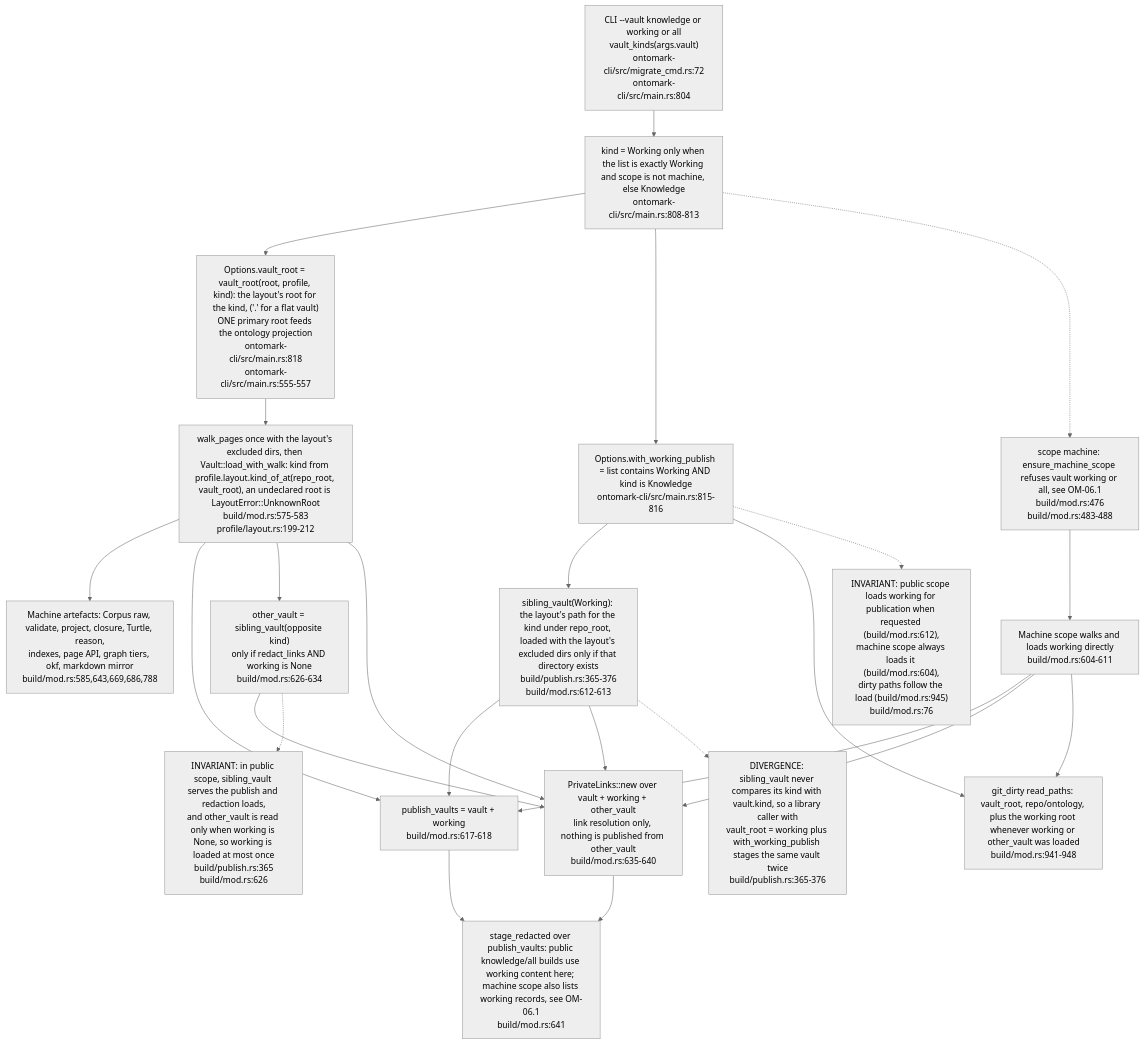
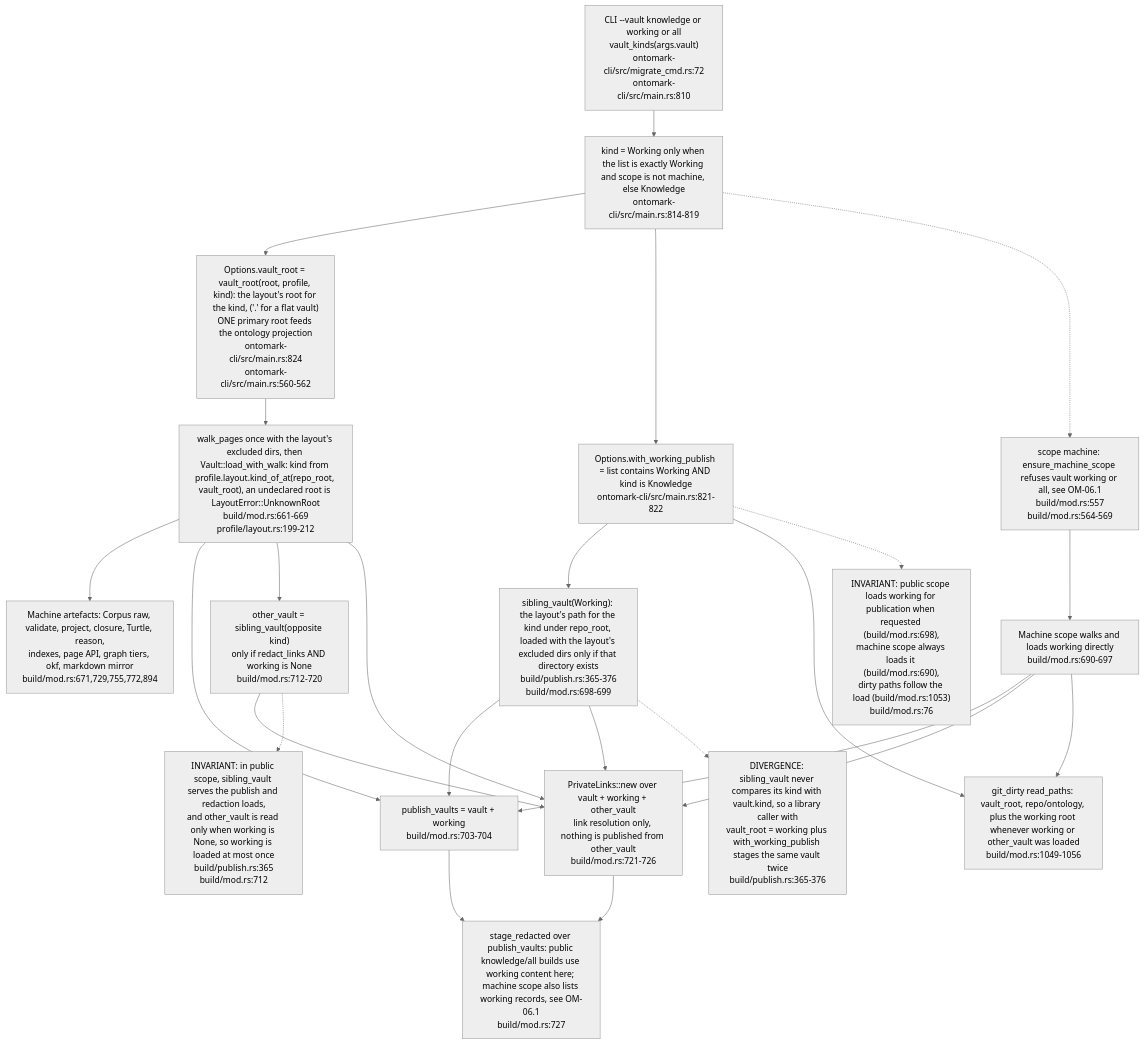
Before and after one commit to DreamLab-AI/VisionFlow: the second of 8 diagrams in docs/diagrams/ontomark/03-build-run-gates-staging-and-generation.md, drawn with Mermaid (neutral theme). The commit also changed other lines of this file and 59 other files, not shown here.

First line of the commit message:
docs(diagrams): re-derive and re-stamp forum, website, pod, ontomark and sealmap topics

````diff
--- a/docs/diagrams/ontomark/03-build-run-gates-staging-and-generation.md
+++ b/docs/diagrams/ontomark/03-build-run-gates-staging-and-generation.md
@@ -77,36 +77,36 @@
 ```mermaid
 flowchart TD
-    ARG["CLI --vault knowledge or working or all<br/>vault_kinds(args.vault)<br/>ontomark-cli/src/migrate_cmd.rs:72<br/>ontomark-cli/src/main.rs:804"]
-    KIND["kind = Working only when the list is exactly Working and scope is not machine, else Knowledge<br/>ontomark-cli/src/main.rs:808-813"]
-    ROOT["Options.vault_root = vault_root(root, profile, kind): the layout's root for the kind, ('.' for a flat vault)<br/>ONE primary root feeds the ontology projection<br/>ontomark-cli/src/main.rs:818<br/>ontomark-cli/src/main.rs:555-557"]
-    WIDE["Options.with_working_publish = list contains Working AND kind is Knowledge<br/>ontomark-cli/src/main.rs:815-816"]
-    MSC["scope machine: ensure_machine_scope refuses vault working or all, see OM-06.1<br/>build/mod.rs:476<br/>build/mod.rs:483-488"]
-    LOAD["walk_pages once with the layout's excluded dirs, then Vault::load_with_walk: kind from profile.layout.kind_of_at(repo_root, vault_root), an undeclared root is LayoutError::UnknownRoot<br/>build/mod.rs:575-583<br/>profile/layout.rs:199-212"]
-    MACH["Machine artefacts: Corpus raw, validate, project, closure, Turtle, reason,<br/>indexes, page API, graph tiers, okf, markdown mirror<br/>build/mod.rs:585,643,669,686,788"]
-    SW["sibling_vault(Working): the layout's path for the kind under repo_root, loaded with the layout's excluded dirs only if that directory exists<br/>build/publish.rs:365-376<br/>build/mod.rs:612-613"]
-    PUBV["publish_vaults = vault + working<br/>build/mod.rs:617-618"]
-    STAGE["stage_redacted over publish_vaults: public knowledge/all builds use working content here; machine scope also lists working records, see OM-06.1<br/>build/mod.rs:641"]
-    OTHER["other_vault = sibling_vault(opposite kind)<br/>only if redact_links AND working is None<br/>build/mod.rs:626-634"]
-    PL["PrivateLinks::new over vault + working + other_vault<br/>link resolution only, nothing is published from other_vault<br/>build/mod.rs:635-640"]
-    GITD["git_dirty read_paths: vault_root, repo/ontology, plus the working root whenever working or other_vault was loaded<br/>build/mod.rs:941-948"]
-    N1["INVARIANT: public scope loads working for publication when requested (build/mod.rs:612),<br/>machine scope always loads it (build/mod.rs:604),<br/>dirty paths follow the load (build/mod.rs:945)<br/>build/mod.rs:76"]
-    N2["INVARIANT: in public scope, sibling_vault serves the publish and redaction loads,<br/>and other_vault is read only when working is None, so working is loaded at most once<br/>build/publish.rs:365<br/>build/mod.rs:626"]
+    ARG["CLI --vault knowledge or working or all<br/>vault_kinds(args.vault)<br/>ontomark-cli/src/migrate_cmd.rs:72<br/>ontomark-cli/src/main.rs:810"]
+    KIND["kind = Working only when the list is exactly Working and scope is not machine, else Knowledge<br/>ontomark-cli/src/main.rs:814-819"]
+    ROOT["Options.vault_root = vault_root(root, profile, kind): the layout's root for the kind, ('.' for a flat vault)<br/>ONE primary root feeds the ontology projection<br/>ontomark-cli/src/main.rs:824<br/>ontomark-cli/src/main.rs:560-562"]
+    WIDE["Options.with_working_publish = list contains Working AND kind is Knowledge<br/>ontomark-cli/src/main.rs:821-822"]
+    MSC["scope machine: ensure_machine_scope refuses vault working or all, see OM-06.1<br/>build/mod.rs:557<br/>build/mod.rs:564-569"]
+    LOAD["walk_pages once with the layout's excluded dirs, then Vault::load_with_walk: kind from profile.layout.kind_of_at(repo_root, vault_root), an undeclared root is LayoutError::UnknownRoot<br/>build/mod.rs:661-669<br/>profile/layout.rs:199-212"]
+    MACH["Machine artefacts: Corpus raw, validate, project, closure, Turtle, reason,<br/>indexes, page API, graph tiers, okf, markdown mirror<br/>build/mod.rs:671,729,755,772,894"]
+    SW["sibling_vault(Working): the layout's path for the kind under repo_root, loaded with the layout's excluded dirs only if that directory exists<br/>build/publish.rs:365-376<br/>build/mod.rs:698-699"]
+    PUBV["publish_vaults = vault + working<br/>build/mod.rs:703-704"]
+    STAGE["stage_redacted over publish_vaults: public knowledge/all builds use working content here; machine scope also lists working records, see OM-06.1<br/>build/mod.rs:727"]
+    OTHER["other_vault = sibling_vault(opposite kind)<br/>only if redact_links AND working is None<br/>build/mod.rs:712-720"]
+    PL["PrivateLinks::new over vault + working + other_vault<br/>link resolution only, nothing is published from other_vault<br/>build/mod.rs:721-726"]
+    GITD["git_dirty read_paths: vault_root, repo/ontology, plus the working root whenever working or other_vault was loaded<br/>build/mod.rs:1049-1056"]
+    N1["INVARIANT: public scope loads working for publication when requested (build/mod.rs:698),<br/>machine scope always loads it (build/mod.rs:690),<br/>dirty paths follow the load (build/mod.rs:1053)<br/>build/mod.rs:76"]
+    N2["INVARIANT: in public scope, sibling_vault serves the publish and redaction loads,<br/>and other_vault is read only when working is None, so working is loaded at most once<br/>build/publish.rs:365<br/>build/mod.rs:712"]
     N3["DIVERGENCE: sibling_vault never compares its kind with vault.kind, so a library caller with<br/>vault_root = working plus with_working_publish stages the same vault twice<br/>build/publish.rs:365-376"]
     ARG --> KIND --> ROOT --> LOAD --> MACH
     KIND --> WIDE
     WIDE --> SW --> PUBV --> STAGE
     LOAD --> PUBV
     LOAD --> OTHER --> PL
     SW --> PL
     LOAD --> PL
     PL --> STAGE
     WIDE --> GITD
     KIND -.-> MSC
-    MSC --> ML["Machine scope walks and loads working directly<br/>build/mod.rs:604-611"]
+    MSC --> ML["Machine scope walks and loads working directly<br/>build/mod.rs:690-697"]
     ML --> PUBV
     ML --> PL
     ML --> GITD
     WIDE -.-> N1
     OTHER -.-> N2
     SW -.-> N3
 ```
````
